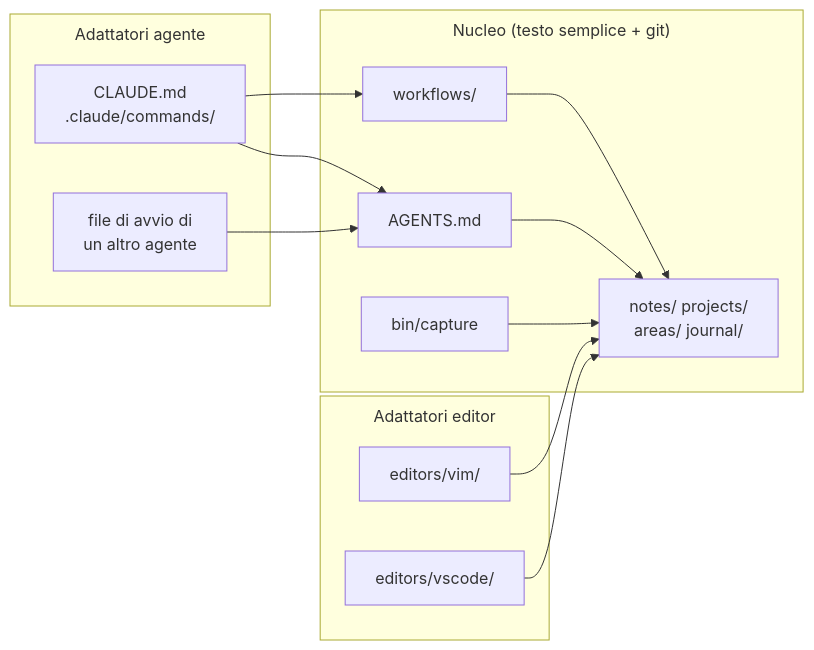
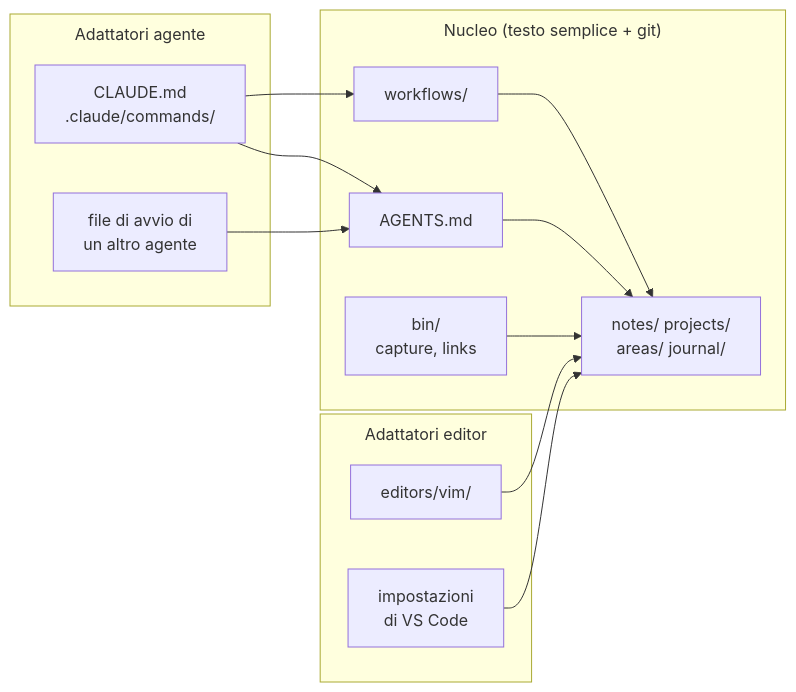
The first of 4 diagrams in strumenti_curiosita/second_brain.md (matteogiorgi/geonote), drawn with Mermaid before and after one commit. The commit also changed other lines of this file and 18 other files, not shown here.

````diff
--- a/strumenti_curiosita/second_brain.md
+++ b/strumenti_curiosita/second_brain.md
@@ -21,32 +21,32 @@
 ```mermaid
 ---
 config:
   flowchart:
     subGraphTitleMargin:
       top: 8
       bottom: 8
 ---
 flowchart LR
     subgraph adattatori_editor["Adattatori editor"]
         vim["editors/vim/"]
-        vscode["editors/vscode/"]
+        vscode["impostazioni<br/>di VS Code"]
     end
     subgraph nucleo["Nucleo (testo semplice + git)"]
         note["notes/ projects/<br/>areas/ journal/"]
         agents["AGENTS.md"]
         wf["workflows/"]
-        bin["bin/capture"]
+        bin["bin/<br/>capture, links"]
     end
     subgraph adattatori_agente["Adattatori agente"]
         claude["CLAUDE.md<br/>.claude/commands/"]
         altro["file di avvio di<br/>un altro agente"]
     end
     vim --> note
     vscode --> note
     claude --> agents
     claude --> wf
     altro --> agents
     agents --> note
     wf --> note
     bin --> note
 ```
````
